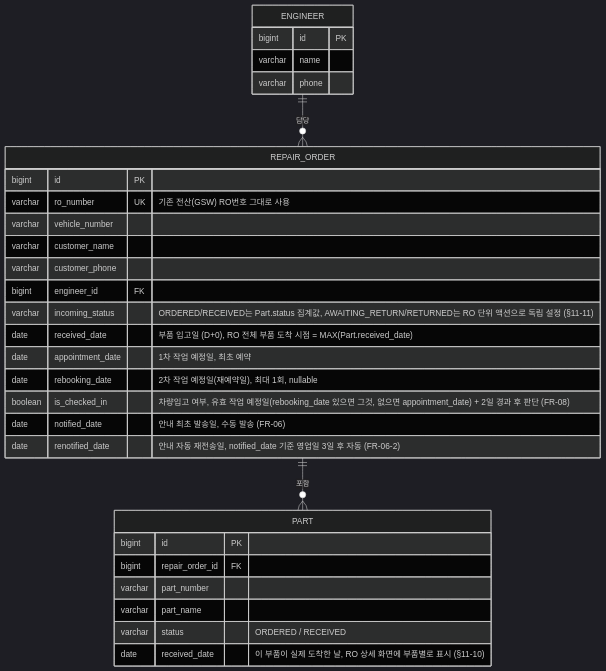
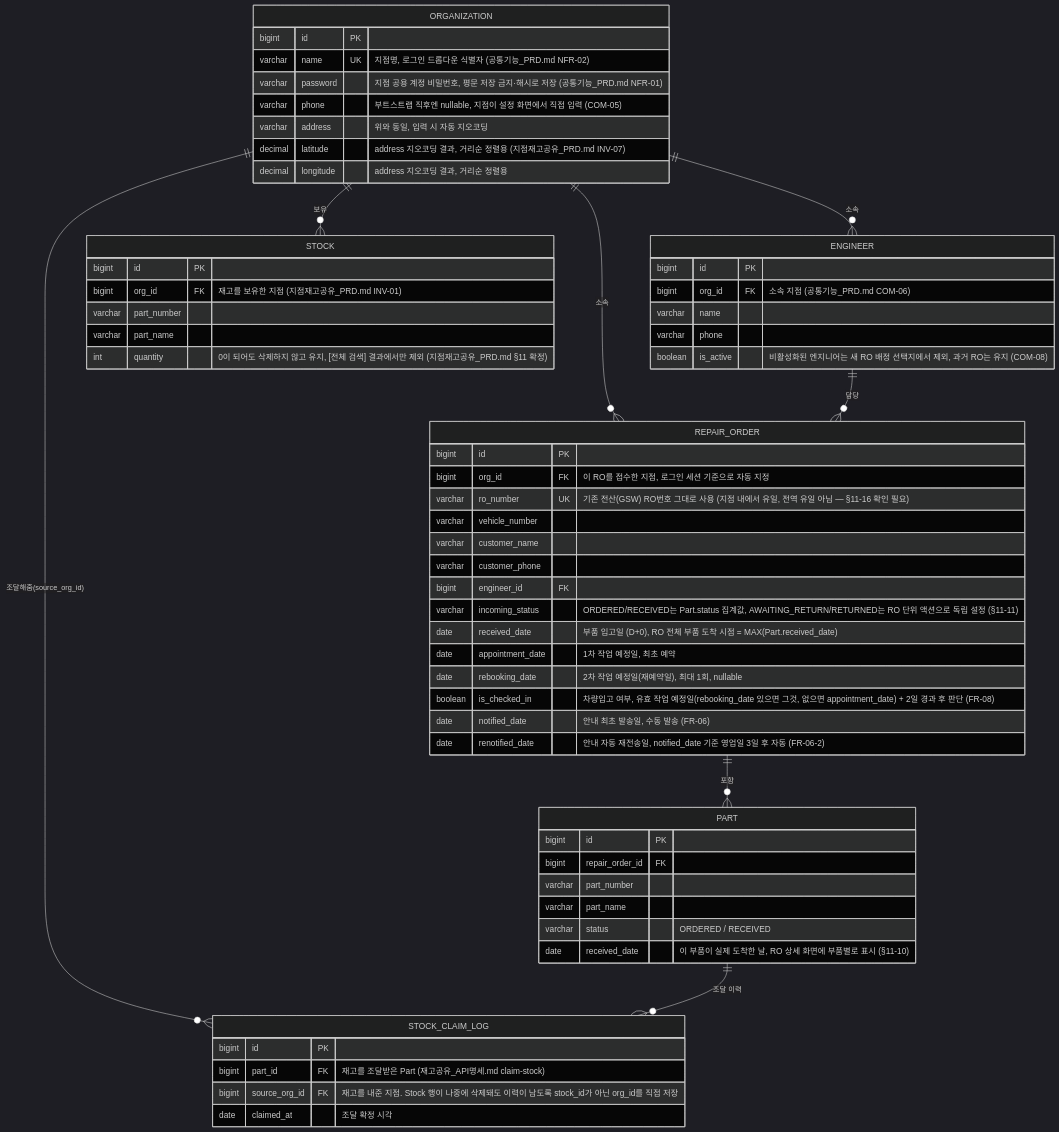
The diagram in docs/ERD.md (hyunbin7664/bh-tracker), drawn with Mermaid (dark theme) before and after one commit. The commit also changed other lines of this file and 6 other files, not shown here.

First line of the commit message:
docs: 재고공유·공통기능 ERD/API 명세 작성 (#8)

````diff
--- a/docs/ERD.md
+++ b/docs/ERD.md
@@ -8,36 +14,69 @@
 ```mermaid
 erDiagram
+    ORGANIZATION ||--o{ REPAIR_ORDER : "소속"
+    ORGANIZATION ||--o{ ENGINEER : "소속"
+    ORGANIZATION ||--o{ STOCK : "보유"
+    ORGANIZATION ||--o{ STOCK_CLAIM_LOG : "조달해줌(source_org_id)"
     ENGINEER ||--o{ REPAIR_ORDER : "담당"
     REPAIR_ORDER ||--o{ PART : "포함"
+    PART ||--o{ STOCK_CLAIM_LOG : "조달 이력"
+
+    ORGANIZATION {
+        bigint id PK
+        varchar name UK "지점명, 로그인 드롭다운 식별자 (공통기능_PRD.md NFR-02)"
+        varchar password "지점 공용 계정 비밀번호, 평문 저장 금지·해시로 저장 (공통기능_PRD.md NFR-01)"
+        varchar phone "부트스트랩 직후엔 nullable, 지점이 설정 화면에서 직접 입력 (COM-05)"
+        varchar address "위와 동일, 입력 시 자동 지오코딩"
+        decimal latitude "address 지오코딩 결과, 거리순 정렬용 (지점재고공유_PRD.md INV-07)"
+        decimal longitude "address 지오코딩 결과, 거리순 정렬용"
+    }
 
     ENGINEER {
         bigint id PK
+        bigint org_id FK "소속 지점 (공통기능_PRD.md COM-06)"
         varchar name
         varchar phone
+        boolean is_active "비활성화된 엔지니어는 새 RO 배정 선택지에서 제외, 과거 RO는 유지 (COM-08)"
     }
 
     REPAIR_ORDER {
         bigint id PK
-        varchar ro_number UK "기존 전산(GSW) RO번호 그대로 사용"
+        bigint org_id FK "이 RO를 접수한 지점, 로그인 세션 기준으로 자동 지정"
+        varchar ro_number UK "기존 전산(GSW) RO번호 그대로 사용 (지점 내에서 유일, 전역 유일 아님 — §11-16 확인 필요)"
         varchar vehicle_number
         varchar customer_name
         varchar customer_phone
         bigint engineer_id FK
         varchar incoming_status "ORDERED/RECEIVED는 Part.status 집계값, AWAITING_RETURN/RETURNED는 RO 단위 액션으로 독립 설정 (§11-11)"
         date received_date "부품 입고일 (D+0), RO 전체 부품 도착 시점 = MAX(Part.received_date)"
         date appointment_date "1차 작업 예정일, 최초 예약"
         date rebooking_date "2차 작업 예정일(재예약일), 최대 1회, nullable"
         boolean is_checked_in "차량입고 여부, 유효 작업 예정일(rebooking_date 있으면 그것, 없으면 appointment_date) + 2일 경과 후 판단 (FR-08)"
         date notified_date "안내 최초 발송일, 수동 발송 (FR-06)"
         date renotified_date "안내 자동 재전송일, notified_date 기준 영업일 3일 후 자동 (FR-06-2)"
     }
 
     PART {
         bigint id PK
         bigint repair_order_id FK
         varchar part_number
         varchar part_name
         varchar status "ORDERED / RECEIVED"
         date received_date "이 부품이 실제 도착한 날, RO 상세 화면에 부품별로 표시 (§11-10)"
     }
+
+    STOCK {
+        bigint id PK
+        bigint org_id FK "재고를 보유한 지점 (지점재고공유_PRD.md INV-01)"
+        varchar part_number
+        varchar part_name
+        int quantity "0이 되어도 삭제하지 않고 유지, [전체 검색] 결과에서만 제외 (지점재고공유_PRD.md §11 확정)"
+    }
+
+    STOCK_CLAIM_LOG {
+        bigint id PK
+        bigint part_id FK "재고를 조달받은 Part (재고공유_API명세.md claim-stock)"
+        bigint source_org_id FK "재고를 내준 지점. Stock 행이 나중에 삭제돼도 이력이 남도록 stock_id가 아닌 org_id를 직접 저장"
+        date claimed_at "조달 확정 시각"
+    }
 ```
````
